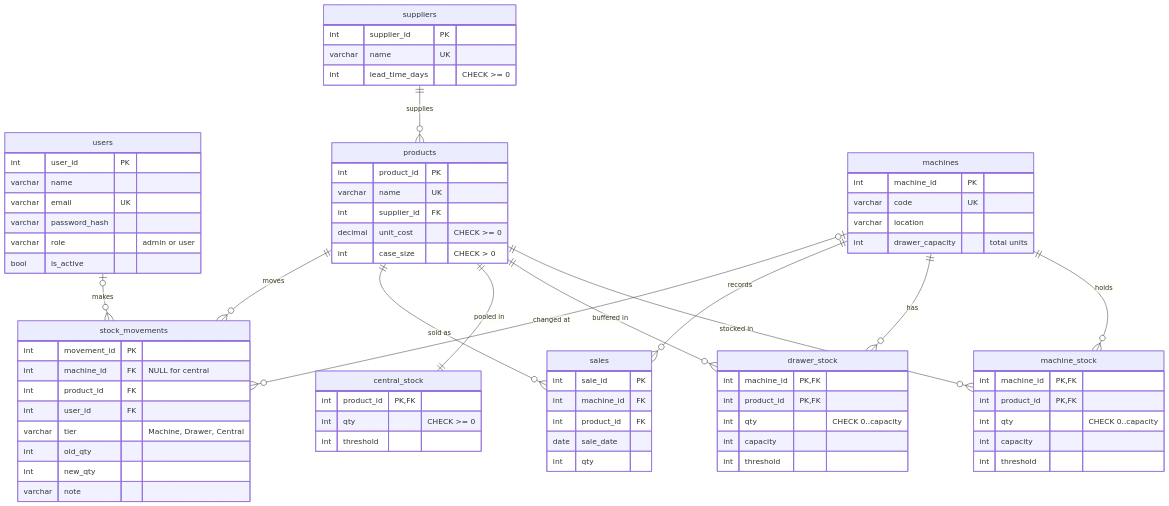
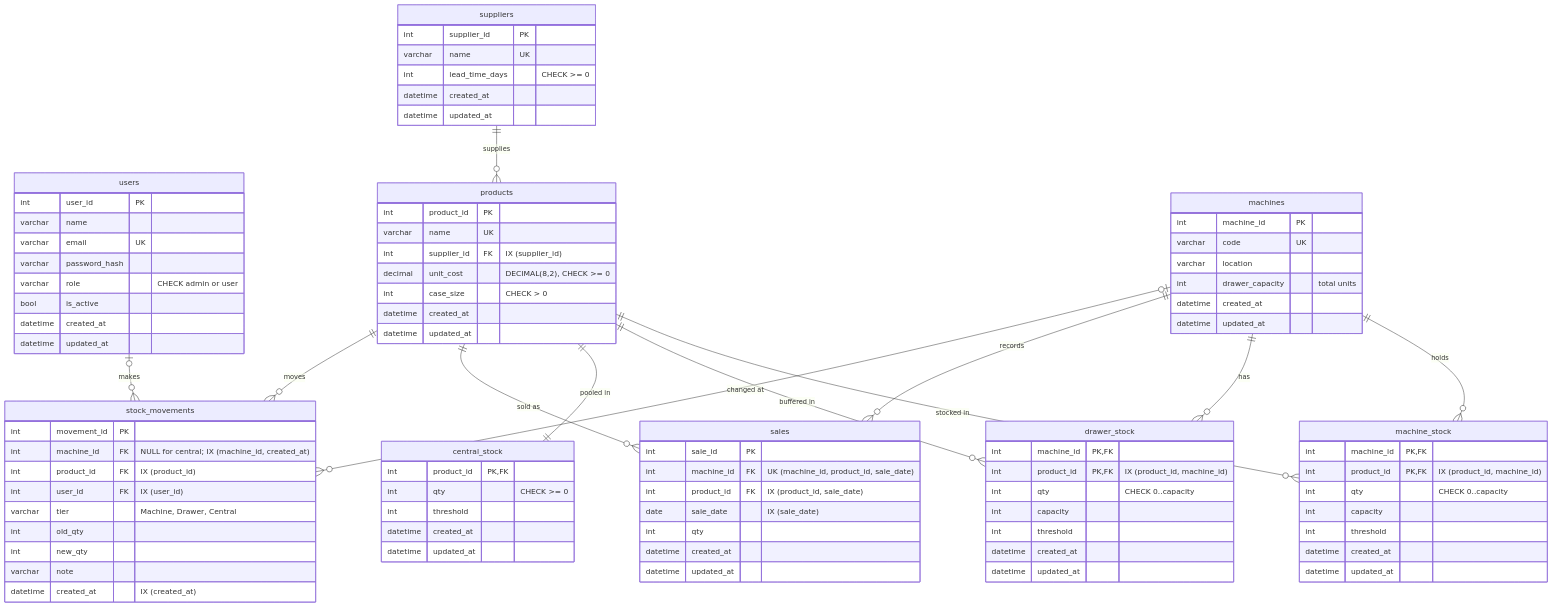
Before and after one commit to u21433098/u21433098-group25_smartstock_dashboard: the diagram in docs/erd.md, drawn with Mermaid. The commit also changed other lines of this file and 1 other file, not shown here.

Commit message:
ERD: show the audit columns and mark the indexes

```diff
--- a/docs/erd.md
+++ b/docs/erd.md
@@ -13,62 +14,79 @@
         varchar name
         varchar email UK
         varchar password_hash
-        varchar role "admin or user"
+        varchar role "CHECK admin or user"
         bool is_active
+        datetime created_at
+        datetime updated_at
     }
     suppliers {
         int supplier_id PK
         varchar name UK
         int lead_time_days "CHECK >= 0"
+        datetime created_at
+        datetime updated_at
     }
     products {
         int product_id PK
         varchar name UK
-        int supplier_id FK
-        decimal unit_cost "CHECK >= 0"
+        int supplier_id FK "IX (supplier_id)"
+        decimal unit_cost "DECIMAL(8,2), CHECK >= 0"
         int case_size "CHECK > 0"
+        datetime created_at
+        datetime updated_at
     }
     machines {
         int machine_id PK
         varchar code UK
         varchar location
         int drawer_capacity "total units"
+        datetime created_at
+        datetime updated_at
     }
     machine_stock {
         int machine_id PK,FK
-        int product_id PK,FK
+        int product_id PK,FK "IX (product_id, machine_id)"
         int qty "CHECK 0..capacity"
         int capacity
         int threshold
+        datetime created_at
+        datetime updated_at
     }
     drawer_stock {
         int machine_id PK,FK
-        int product_id PK,FK
+        int product_id PK,FK "IX (product_id, machine_id)"
         int qty "CHECK 0..capacity"
         int capacity
         int threshold
+        datetime created_at
+        datetime updated_at
     }
     central_stock {
         int product_id PK,FK
         int qty "CHECK >= 0"
         int threshold
+        datetime created_at
+        datetime updated_at
     }
     sales {
         int sale_id PK
-        int machine_id FK
-        int product_id FK
-        date sale_date
+        int machine_id FK "UK (machine_id, product_id, sale_date)"
+        int product_id FK "IX (product_id, sale_date)"
+        date sale_date "IX (sale_date)"
         int qty
+        datetime created_at
+        datetime updated_at
     }
     stock_movements {
         int movement_id PK
-        int machine_id FK "NULL for central"
-        int product_id FK
-        int user_id FK
+        int machine_id FK "NULL for central; IX (machine_id, created_at)"
+        int product_id FK "IX (product_id)"
+        int user_id FK "IX (user_id)"
         varchar tier "Machine, Drawer, Central"
         int old_qty
         int new_qty
         varchar note
+        datetime created_at "IX (created_at)"
     }
 
     suppliers ||--o{ products : supplies
```
